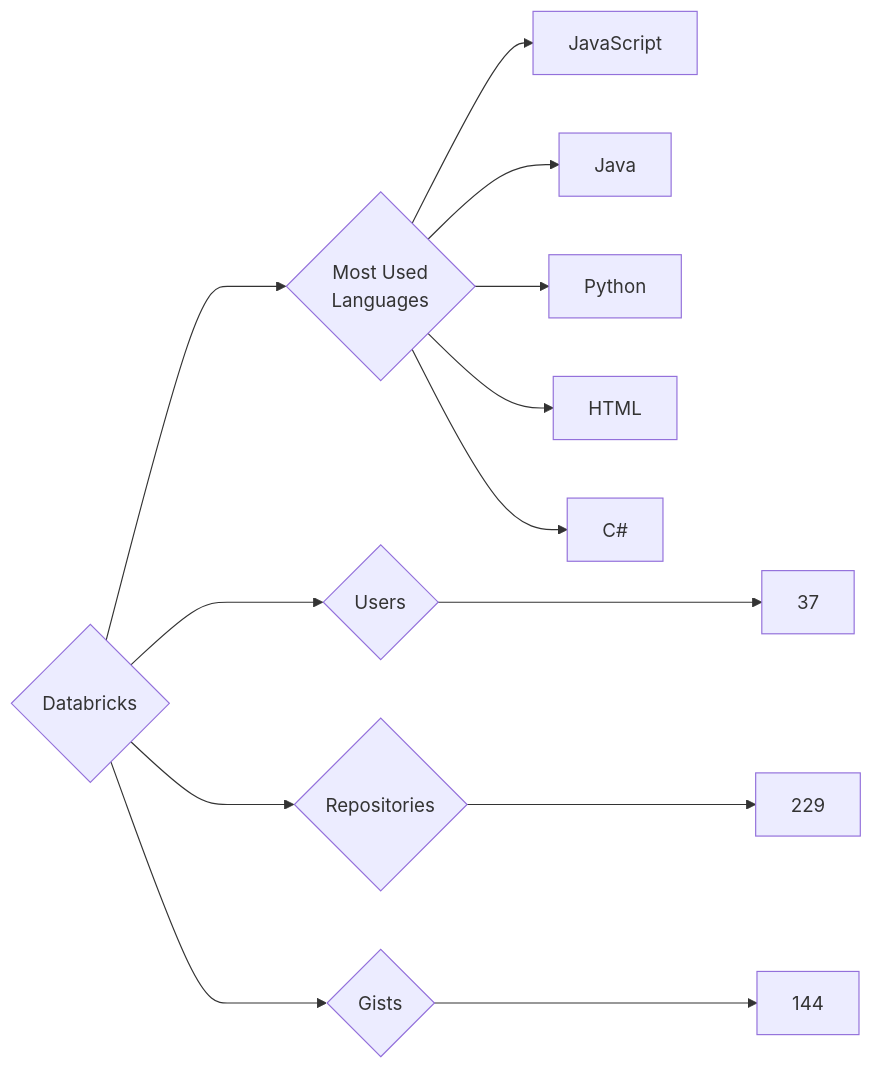
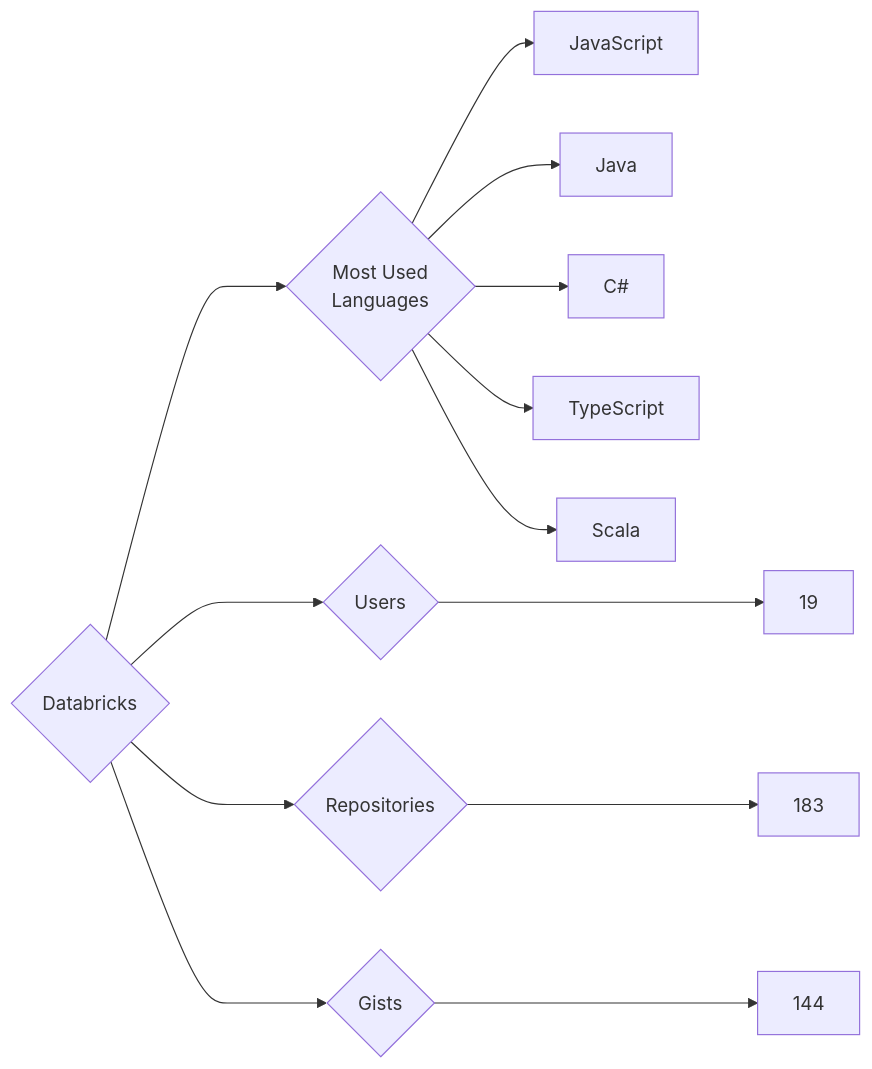
The diagram in targets/Databricks/README.md (trickest/insiders), drawn with Mermaid before and after one commit. The commit also changed 681 other files, not shown here.

````diff
--- a/targets/Databricks/README.md
+++ b/targets/Databricks/README.md
@@ -3,13 +3,13 @@
 ```mermaid
 graph LR
 COMPANY_NAME{Databricks}
-COMPANY_NAME ---> U{Users} ---> UN[37]
-COMPANY_NAME ---> R{Repositories} ---> RN[229]
+COMPANY_NAME ---> U{Users} ---> UN[19]
+COMPANY_NAME ---> R{Repositories} ---> RN[183]
 COMPANY_NAME ---> G{Gists} ---> GN[144]
 COMPANY_NAME ---> ML{Most Used<br>Languages}
 ML --> JavaScript[JavaScript]
 ML --> Java[Java]
-ML --> Python[Python]
-ML --> HTML[HTML]
 ML --> C#[C#]
+ML --> TypeScript[TypeScript]
+ML --> Scala[Scala]
 ```
````
